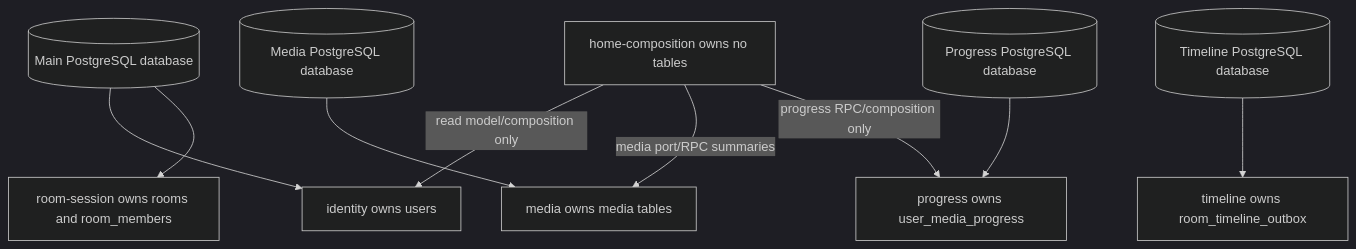
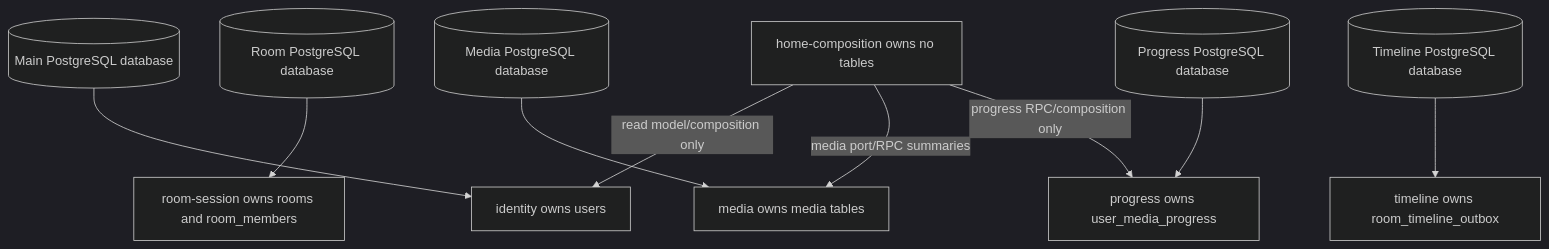
Before and after one commit to sunboyZgz/watch_together: the second of 9 diagrams in docs/distributed-architecture.md, drawn with Mermaid (dark theme). The commit also changed other lines of this file and 44 other files, not shown here.

````diff
--- a/docs/distributed-architecture.md
+++ b/docs/distributed-architecture.md
@@ -109,22 +110,23 @@
 ```mermaid
 flowchart TD
   MainPG[(Main PostgreSQL database)]
+  RoomPG[(Room PostgreSQL database)]
   MediaPG[(Media PostgreSQL database)]
   ProgressPG[(Progress PostgreSQL database)]
   TimelinePG[(Timeline PostgreSQL database)]
   Identity[identity owns users]
   Media[media owns media tables]
   RoomSession[room-session owns rooms and room_members]
   Progress[progress owns user_media_progress]
   Timeline[timeline owns room_timeline_outbox]
   Home[home-composition owns no tables]
 
   MainPG --> Identity
   MediaPG --> Media
-  MainPG --> RoomSession
+  RoomPG --> RoomSession
   ProgressPG --> Progress
   TimelinePG --> Timeline
   Home -->|read model/composition only| Identity
   Home -->|media port/RPC summaries| Media
   Home -->|progress RPC/composition only| Progress
 ```
````
